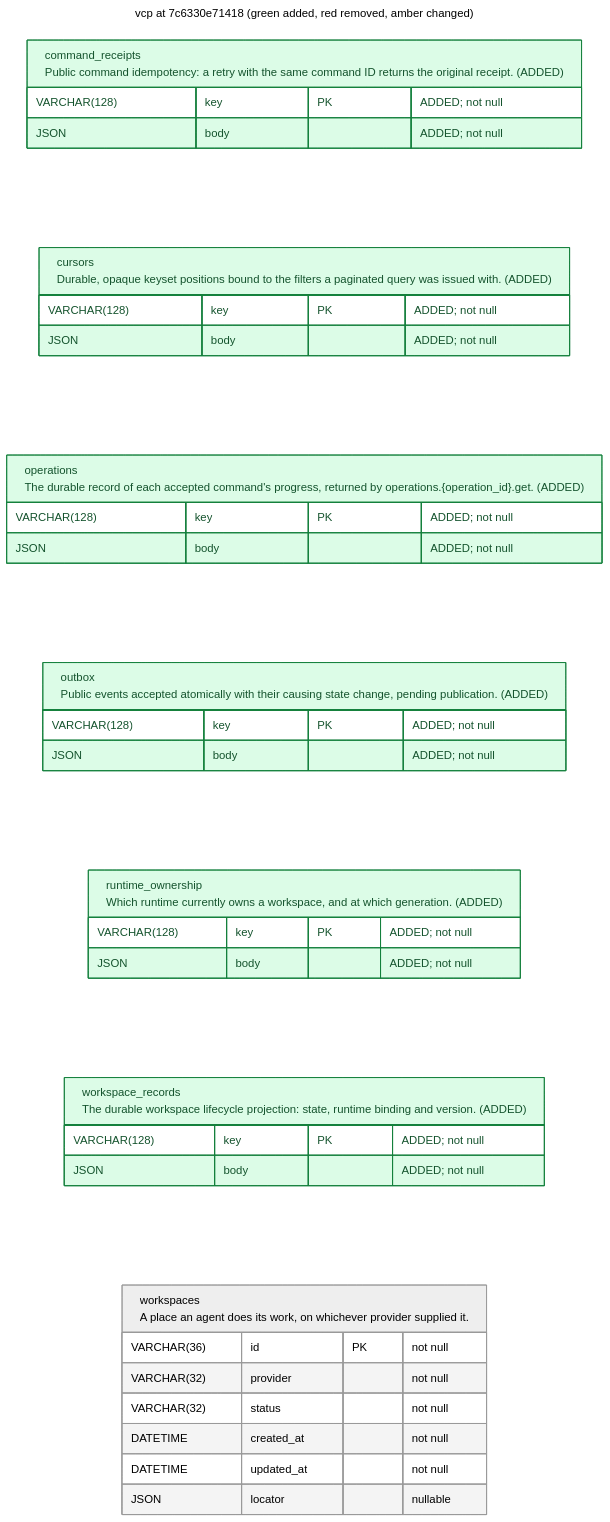
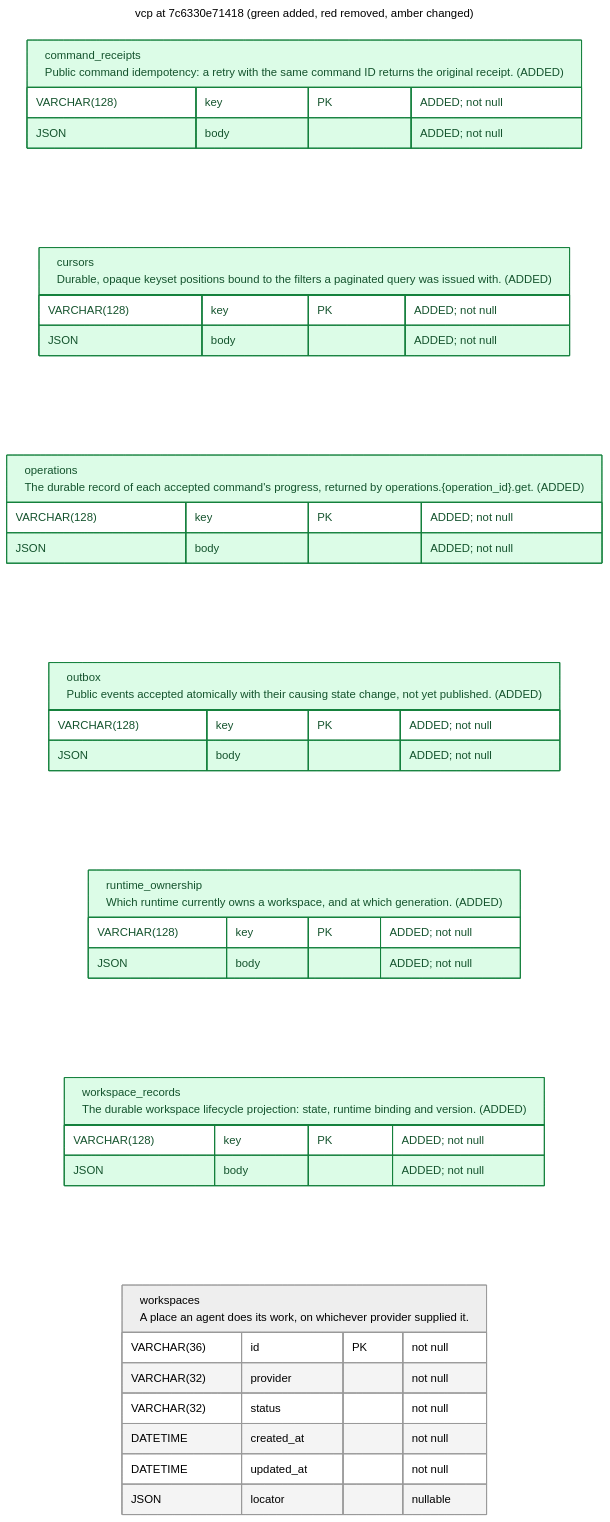
Before and after one commit to OpenEngine/OpenEngine: the diagram in v2/docs/schema/vcp/7c6330e71418.mermaid, drawn with Mermaid. The commit also changed 14 other files, not shown here.

```diff
--- a/v2/docs/schema/vcp/7c6330e71418.mermaid
+++ b/v2/docs/schema/vcp/7c6330e71418.mermaid
@@ -1,51 +1,51 @@
 ---
 title: vcp at 7c6330e71418 (green added, red removed, amber changed)
 config:
   theme: neutral
 ---
 erDiagram
     direction LR
     %% REMOVED tables/columns are tombstones, absent from this revision's schema.
     %% Column changes include type, nullability, default and key membership.
     %% Table changes also include indexes and constraints.
     classDef added fill:#dcfce7,stroke:#15803d,color:#14532d
     classDef removed fill:#fee2e2,stroke:#b91c1c,color:#7f1d1d
     classDef changed fill:#fef3c7,stroke:#b45309,color:#78350f
     command_receipts["command_receipts<br/>Public command idempotency: a retry with the same command ID returns the original receipt. (ADDED)"] {
         VARCHAR(128) key PK "ADDED; not null"
         JSON body "ADDED; not null"
     }
     class command_receipts added
     cursors["cursors<br/>Durable, opaque keyset positions bound to the filters a paginated query was issued with. (ADDED)"] {
         VARCHAR(128) key PK "ADDED; not null"
         JSON body "ADDED; not null"
     }
     class cursors added
     operations["operations<br/>The durable record of each accepted command's progress, returned by operations.{operation_id}.get. (ADDED)"] {
         VARCHAR(128) key PK "ADDED; not null"
         JSON body "ADDED; not null"
     }
     class operations added
-    outbox["outbox<br/>Public events accepted atomically with their causing state change, pending publication. (ADDED)"] {
+    outbox["outbox<br/>Public events accepted atomically with their causing state change, not yet published. (ADDED)"] {
         VARCHAR(128) key PK "ADDED; not null"
         JSON body "ADDED; not null"
     }
     class outbox added
     runtime_ownership["runtime_ownership<br/>Which runtime currently owns a workspace, and at which generation. (ADDED)"] {
         VARCHAR(128) key PK "ADDED; not null"
         JSON body "ADDED; not null"
     }
     class runtime_ownership added
     workspace_records["workspace_records<br/>The durable workspace lifecycle projection: state, runtime binding and version. (ADDED)"] {
         VARCHAR(128) key PK "ADDED; not null"
         JSON body "ADDED; not null"
     }
     class workspace_records added
     workspaces["workspaces<br/>A place an agent does its work, on whichever provider supplied it."] {
         VARCHAR(36) id PK "not null"
         VARCHAR(32) provider "not null"
         VARCHAR(32) status "not null"
         DATETIME created_at "not null"
         DATETIME updated_at "not null"
         JSON locator "nullable"
     }
```
